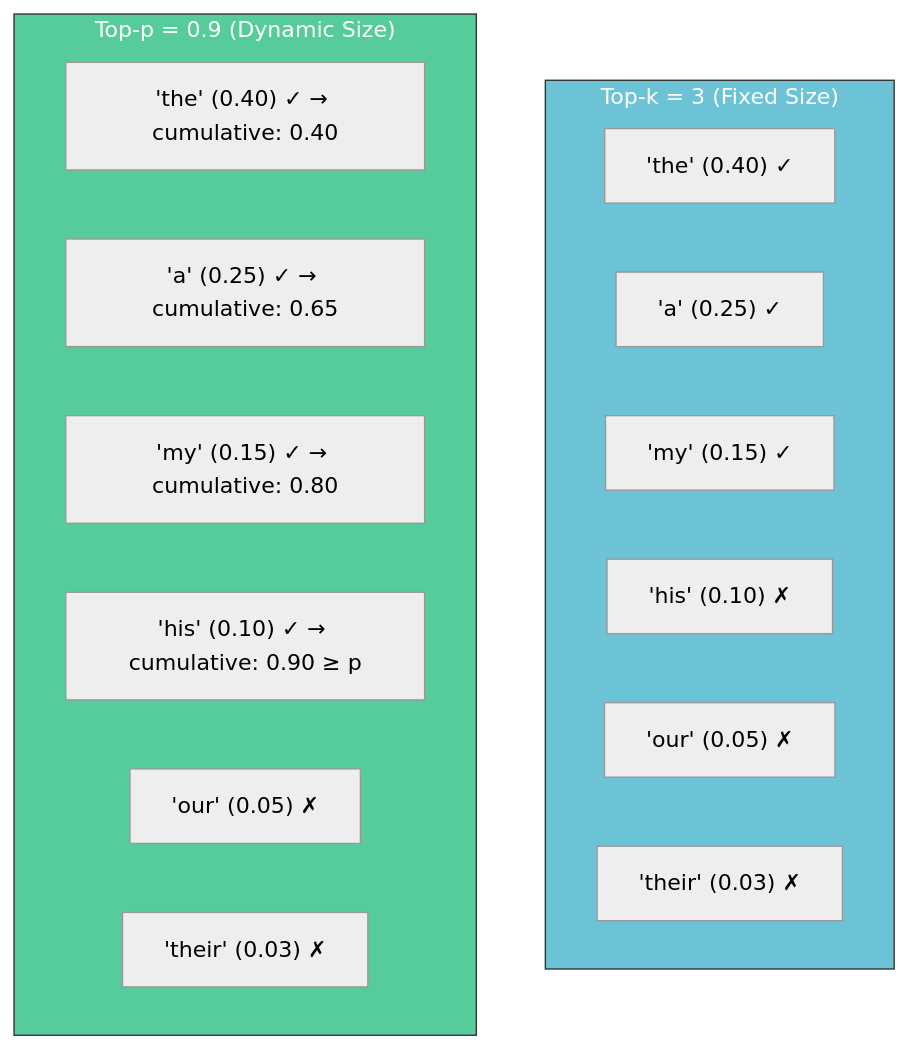
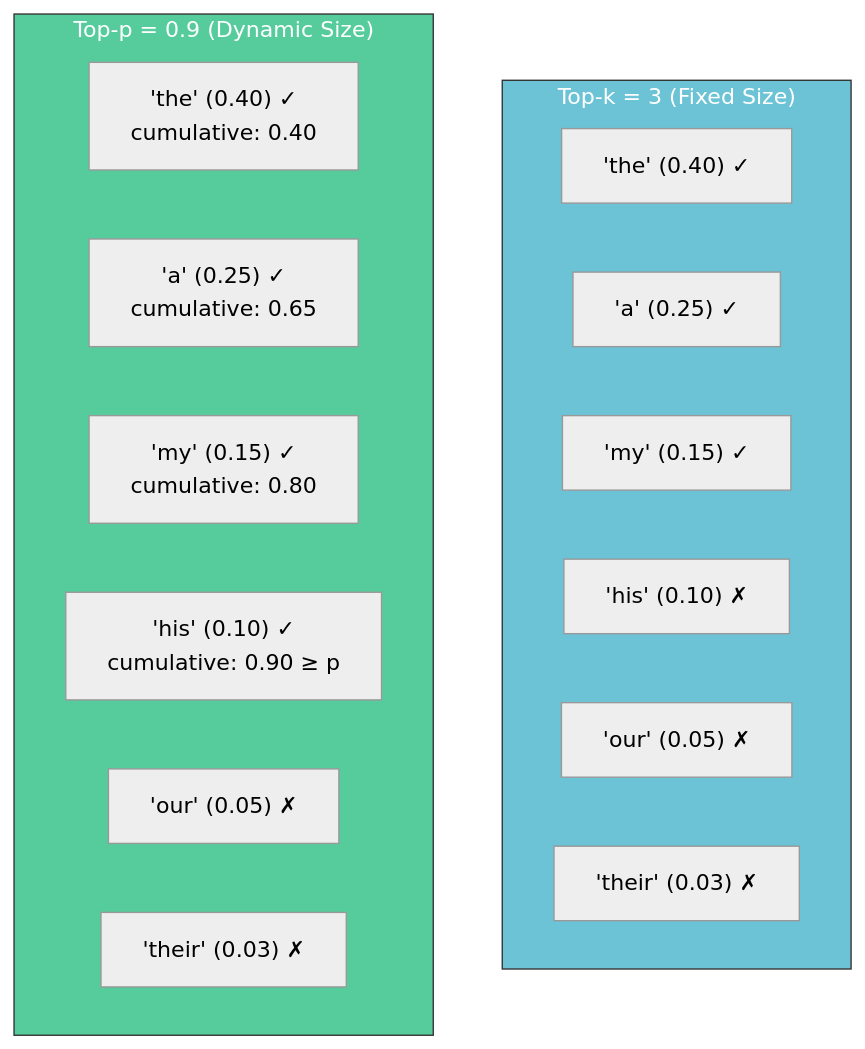
Before and after one commit to tanquangduong/tanquangduong.github.io: the third of 10 diagrams in posts/llm-interview/LLM-Interview-QA-3.qmd, drawn with Mermaid (neutral theme). The commit also changed other lines of this file and 10 other files, not shown here.

````diff
--- a/posts/llm-interview/LLM-Interview-QA-3.qmd
+++ b/posts/llm-interview/LLM-Interview-QA-3.qmd
@@ -191,26 +191,26 @@
 ```{mermaid}
 graph TD
     linkStyle default stroke:#000,color:#000
     subgraph TopK["Top-k = 3 (Fixed Size)"]
         direction LR
         K1["'the' (0.40) ✓"]
         K2["'a' (0.25) ✓"]
         K3["'my' (0.15) ✓"]
         K4["'his' (0.10) ✗"]
         K5["'our' (0.05) ✗"]
         K6["'their' (0.03) ✗"]
     end
 
     subgraph TopP["Top-p = 0.9 (Dynamic Size)"]
         direction LR
-        P1["'the' (0.40) ✓ → cumulative: 0.40"]
-        P2["'a' (0.25) ✓ → cumulative: 0.65"]
-        P3["'my' (0.15) ✓ → cumulative: 0.80"]
-        P4["'his' (0.10) ✓ → cumulative: 0.90 ≥ p"]
+        P1["'the' (0.40) ✓<br/>cumulative: 0.40"]
+        P2["'a' (0.25) ✓<br/>cumulative: 0.65"]
+        P3["'my' (0.15) ✓<br/>cumulative: 0.80"]
+        P4["'his' (0.10) ✓<br/>cumulative: 0.90 ≥ p"]
         P5["'our' (0.05) ✗"]
         P6["'their' (0.03) ✗"]
     end
 
     style TopK fill:#6cc3d5,stroke:#333,color:#fff
     style TopP fill:#56cc9d,stroke:#333,color:#fff
 ```
````
